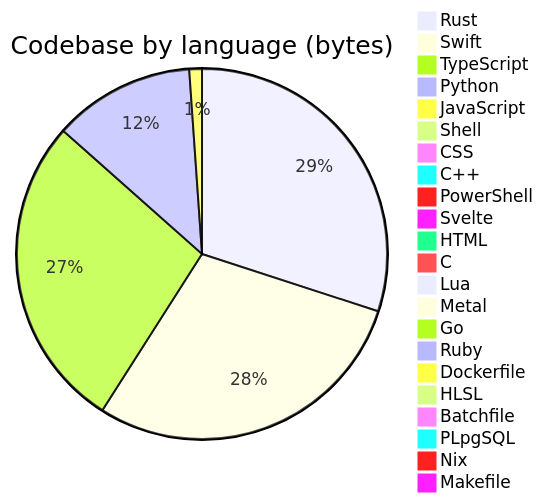
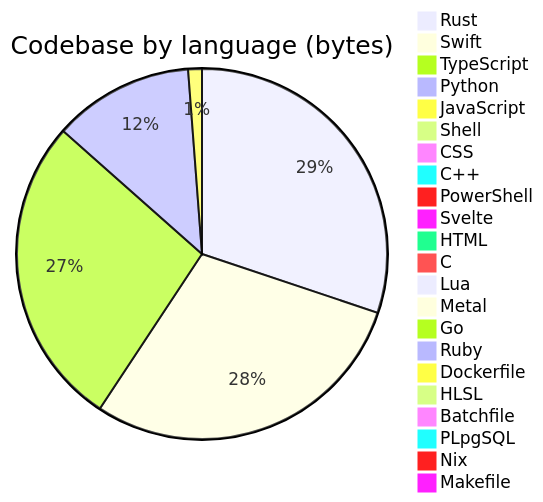
Before and after one commit to Open330/.github: the diagram in profile/README.md, drawn with Mermaid. The commit also changed other lines of this file and 1 other file, not shown here.

````diff
--- a/profile/README.md
+++ b/profile/README.md
@@ -140,25 +140,25 @@
 ```mermaid
 pie title Codebase by language (bytes)
-    "Rust" : 44905424
-    "Swift" : 43448499
-    "TypeScript" : 41190205
-    "Python" : 18471818
-    "JavaScript" : 1653238
-    "Shell" : 1518349
-    "CSS" : 616033
+    "Rust" : 45572713
+    "Swift" : 44064668
+    "TypeScript" : 41195468
+    "Python" : 18530765
+    "JavaScript" : 1816428
+    "Shell" : 1521243
+    "CSS" : 655350
     "C++" : 388775
-    "PowerShell" : 333787
+    "PowerShell" : 356074
     "Svelte" : 275766
-    "HTML" : 227170
+    "HTML" : 234252
     "C" : 197825
     "Lua" : 48814
     "Metal" : 33192
     "Go" : 22811
     "Ruby" : 13263
     "Dockerfile" : 7804
     "HLSL" : 7527
     "Batchfile" : 5660
     "PLpgSQL" : 5283
     "Nix" : 3168
     "Makefile" : 2991
 ```
````
